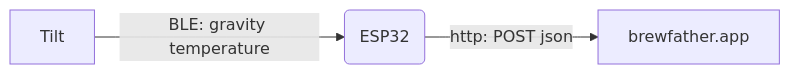
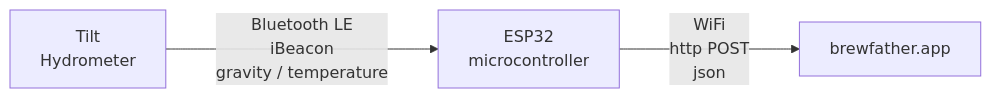
One commit to spouliot/tilt-relay changed the diagram in README.md. Above: the diagram before and after it, drawn with Mermaid. The commit also changed other lines of this file, not shown here.

````diff
--- a/README.md
+++ b/README.md
@@ -5,5 +5,5 @@
 ```mermaid
 graph LR
-    A[Tilt] -->|BLE: gravity temperature| B(ESP32)
-    B -->|http: POST json| C[brewfather.app]
+    A[Tilt<br/>Hydrometer] --->|Bluetooth LE<br/>iBeacon<br>gravity / temperature| B
+    B[ESP32<br/>microcontroller] --->|WiFi<br/>http POST<br/>json| C[brewfather.app]
 ```
````
